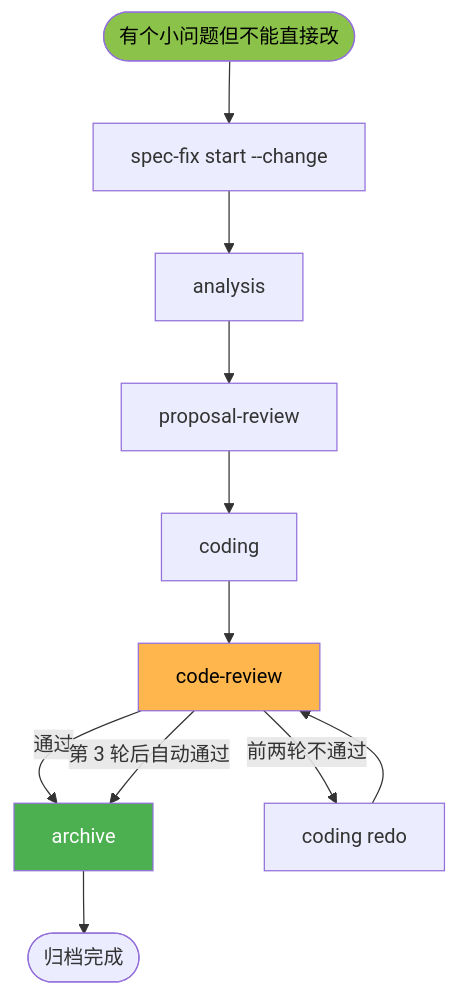
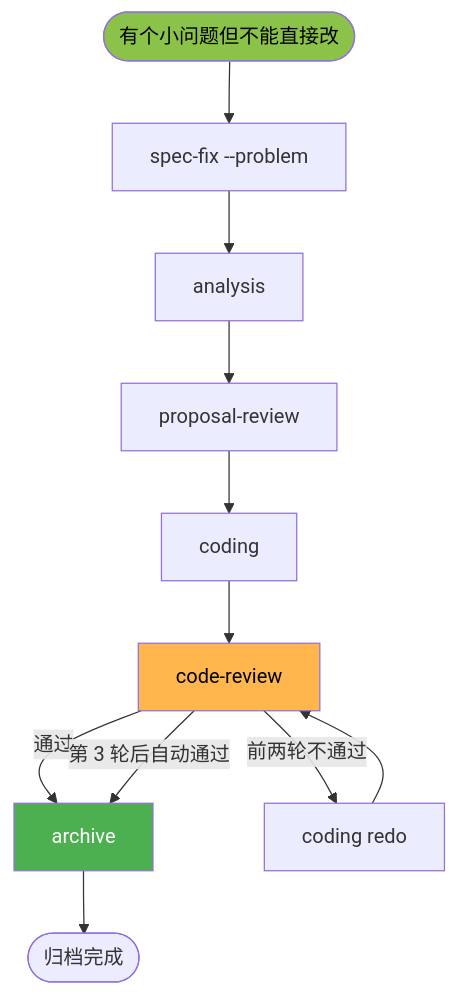
Before and after one commit to xbugs221/get-shit-done: the fourth of 8 diagrams in docs/gsd-workflows.md, drawn with Mermaid. The commit also changed other lines of this file and 14 other files, not shown here.

````diff
--- a/docs/gsd-workflows.md
+++ b/docs/gsd-workflows.md
@@ -110,17 +112,17 @@
 ```mermaid
 flowchart TD
-    Start([有个小问题但不能直接改]) --> Capture[spec-fix start --change]
+    Start([有个小问题但不能直接改]) --> Capture[spec-fix --problem]
     Capture --> Analysis[analysis]
     Analysis --> Proposal[proposal-review]
     Proposal --> Coding[coding]
     Coding --> Review[code-review]
     Review -->|通过| Archive[archive]
     Review -->|前两轮不通过| Redo[coding redo]
     Redo --> Review
     Review -->|第 3 轮后自动通过| Archive
     Archive --> Done([归档完成])
 
     style Start fill:#8BC34A,color:#000
     style Review fill:#FFB74D,color:#000
     style Archive fill:#4CAF50,color:#fff
 ```
````
